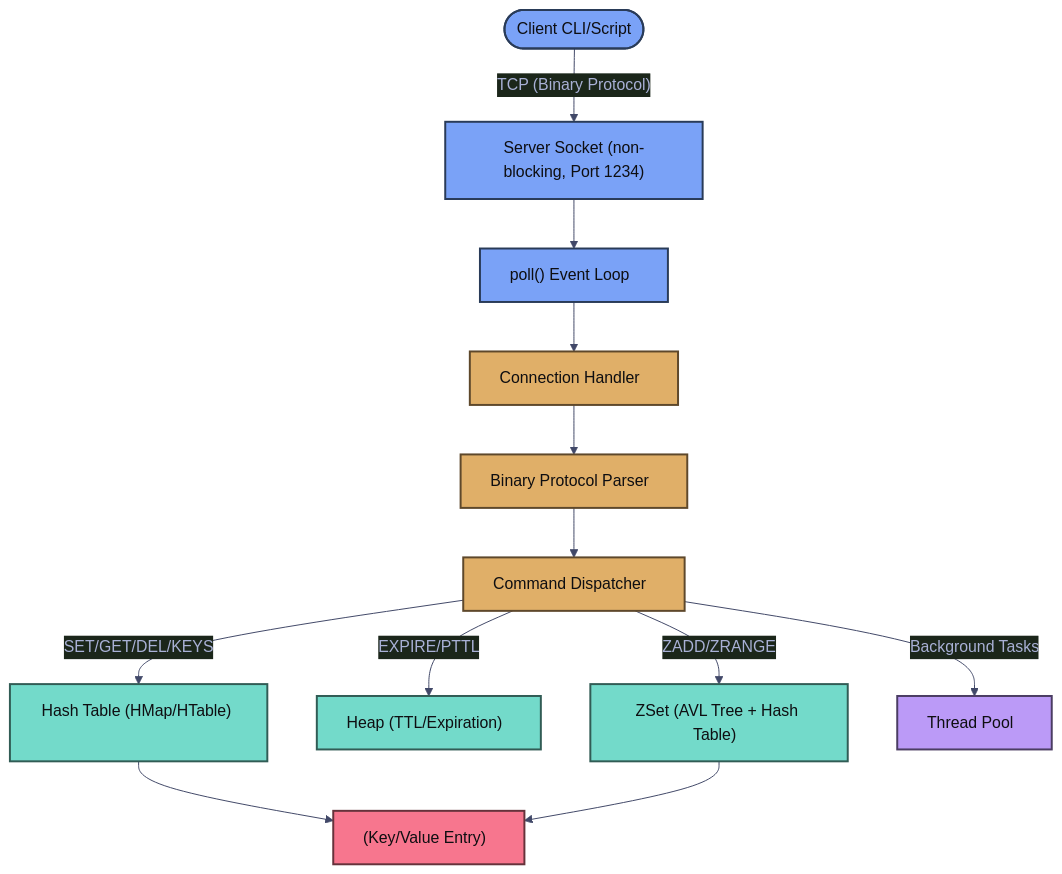
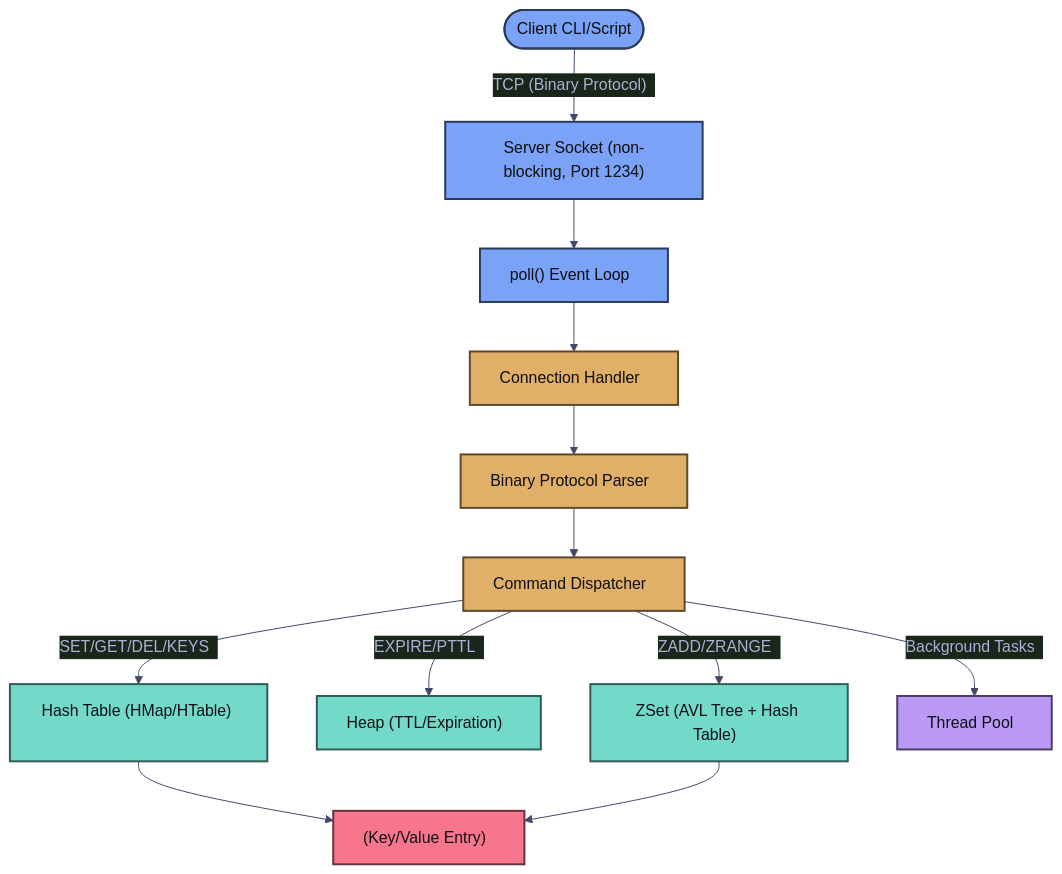
One commit to kanishkdhebana/KVLite changed the diagram in README.md. Above: the diagram before and after it, drawn with Mermaid.

````diff
--- a/README.md
+++ b/README.md
@@ -27,48 +27,48 @@
 ```mermaid
 %%{
   init: {
     'theme': 'base',
     'themeVariables': {
       'background': '#1a1b26',
       'primaryColor': '#1a1b26',
       'primaryTextColor': '#a9b1d6',
       'primaryBorderColor': '#414868',
       'lineColor': '#414868',
       'fontFamily': 'sans-serif',
       'fontSize': '16px'
     }
   }
 }%%
 graph TD
     %% Node Definitions (with trailing spaces for padding)
-    Client([Client CLI/Script ]) -- TCP (Binary Protocol) --> ServerSocket["Server Socket (non-blocking, Port 1234) "]
+    Client([Client CLI/Script ]) -- TCP (Binary Protocol) &nbsp; --> ServerSocket["Server Socket (non-blocking, Port 1234) "]
     ServerSocket --> PollLoop["poll() Event Loop &nbsp;"]
     PollLoop --> ConnHandler["Connection Handler &nbsp;"]
     ConnHandler --> ProtocolParser["Binary Protocol Parser &nbsp;"]
     ProtocolParser --> CommandDispatcher["Command Dispatcher &nbsp;"]
 
     %% Data Structure Links
-    CommandDispatcher -- SET/GET/DEL/KEYS --> HashTable["Hash Table (HMap/HTable) &nbsp;"]
-    CommandDispatcher -- EXPIRE/PTTL --> Heap["Heap (TTL/Expiration) &nbsp;"]
-    CommandDispatcher -- ZADD/ZRANGE --> ZSet["ZSet (AVL Tree + Hash Table) &nbsp;"]
+    CommandDispatcher -- SET/GET/DEL/KEYS &nbsp; --> HashTable["Hash Table (HMap/HTable) &nbsp;"]
+    CommandDispatcher -- EXPIRE/PTTL &nbsp; --> Heap["Heap (TTL/Expiration) &nbsp;"]
+    CommandDispatcher -- ZADD/ZRANGE &nbsp; --> ZSet["ZSet (AVL Tree + Hash Table) &nbsp;"]
 
     HashTable --> Entry["(Key/Value Entry) &nbsp;"]
     ZSet --> Entry
 
     %% Optional Component
-    CommandDispatcher -- Background Tasks --> ThreadPool["Thread Pool &nbsp;"]
+    CommandDispatcher -- Background Tasks &nbsp; --> ThreadPool["Thread Pool &nbsp;"]
 
     %% Styling with Classes
     classDef io fill:#7aa2f7,stroke:#293b58,stroke-width:2px,color:#0e0e11
     classDef processing fill:#e0af68,stroke:#5e482b,stroke-width:2px,color:#0e0e11
     classDef datastore fill:#73daca,stroke:#315c55,stroke-width:2px,color:#0e0e11
     classDef optional fill:#bb9af7,stroke:#4b3d63,stroke-width:2px,color:#0e0e11
     classDef entry fill:#f7768e,stroke:#66323b,stroke-width:2px,color:#0e0e11
 
     %% Apply Classes to Nodes
     class Client,ServerSocket,PollLoop io
     class ConnHandler,ProtocolParser,CommandDispatcher processing
     class HashTable,Heap,ZSet datastore
     class ThreadPool optional
     class Entry entry
 ```
````
